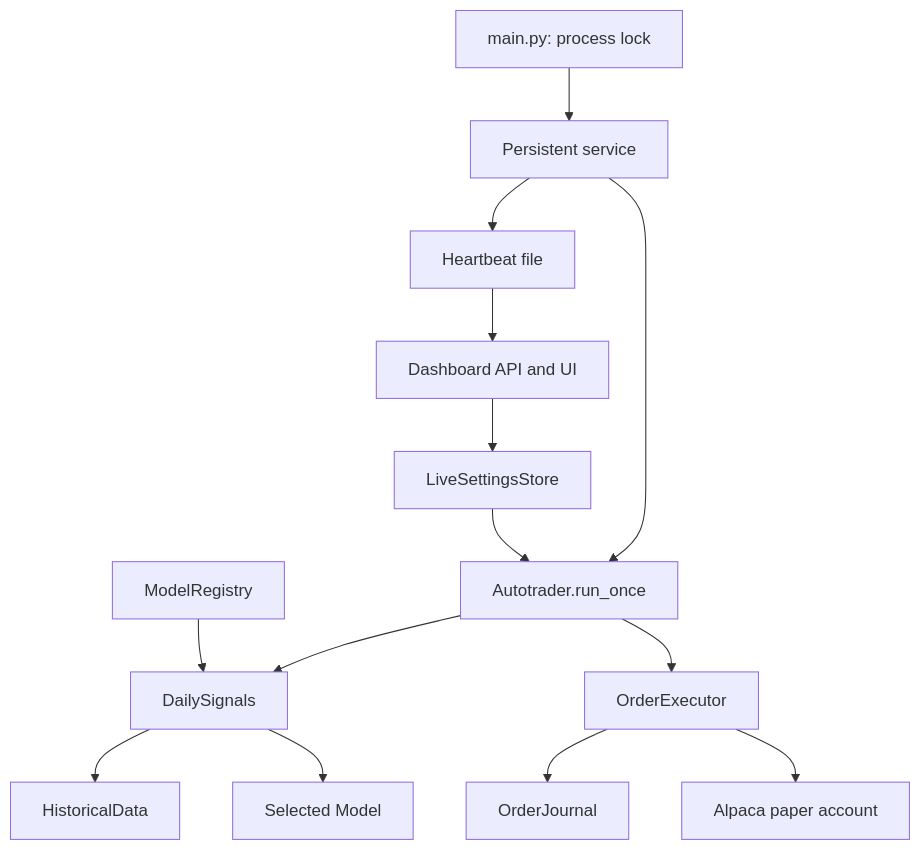
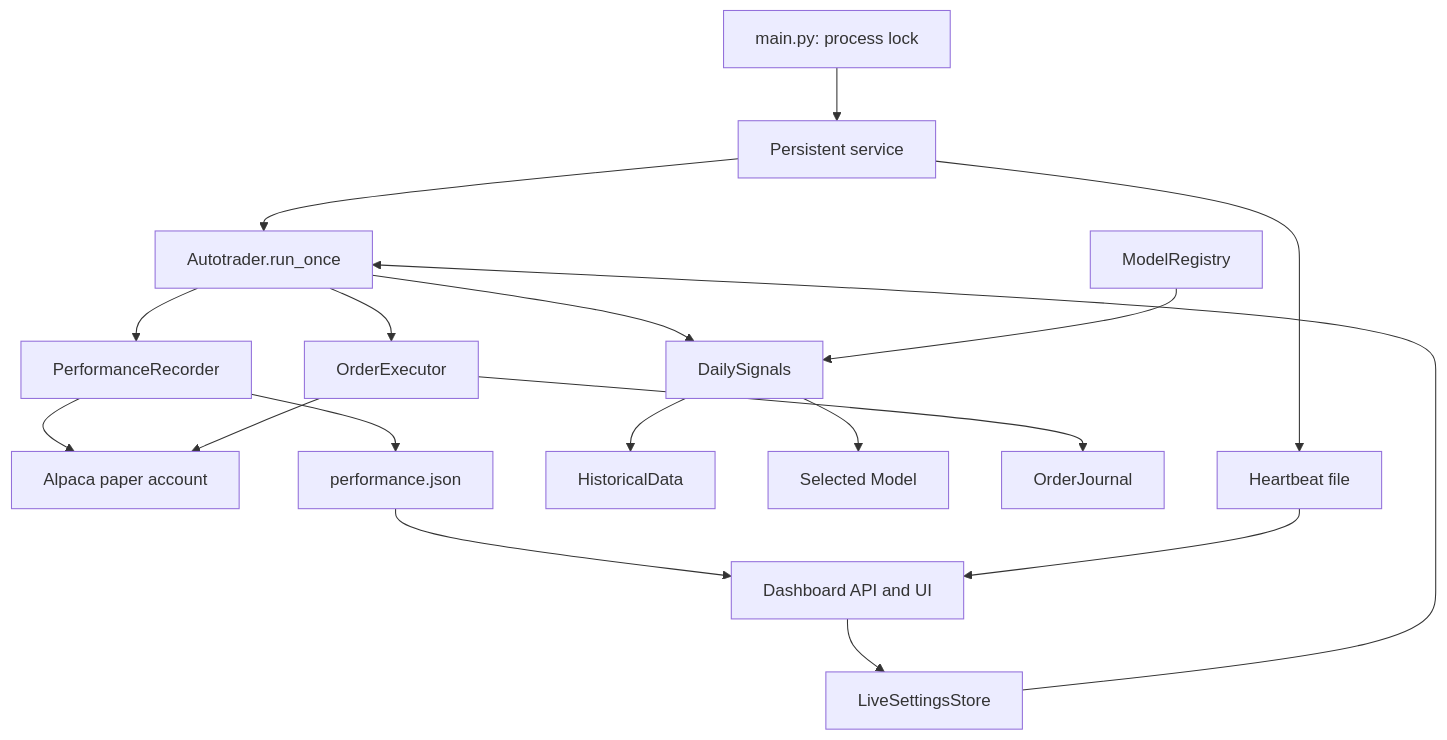
Before and after one commit to wecet/ai-based-autotrader: the diagram in src/readme.md, drawn with Mermaid. The commit also changed other lines of this file and 9 other files, not shown here.

Commit message:
docs: align guides with performance reporting and repository cleanup

````diff
--- a/src/readme.md
+++ b/src/readme.md
@@ -30,16 +32,20 @@
 ```mermaid
 flowchart TD
     Main[main.py: process lock] --> Service[Persistent service]
     Service --> Runner[Autotrader.run_once]
     Settings[LiveSettingsStore] --> Runner
     Dashboard[Dashboard API and UI] --> Settings
+    Runner --> Reporting[PerformanceRecorder]
+    Reporting --> Account
+    Reporting --> Report[performance.json]
+    Report --> Dashboard
     Runner --> Signals[DailySignals]
     Signals --> History[HistoricalData]
     Signals --> Model[Selected Model]
     Registry[ModelRegistry] --> Signals
     Runner --> Executor[OrderExecutor]
     Executor --> Journal[OrderJournal]
     Executor --> Account[Alpaca paper account]
     Service --> Heartbeat[Heartbeat file]
     Heartbeat --> Dashboard
 ```
````
